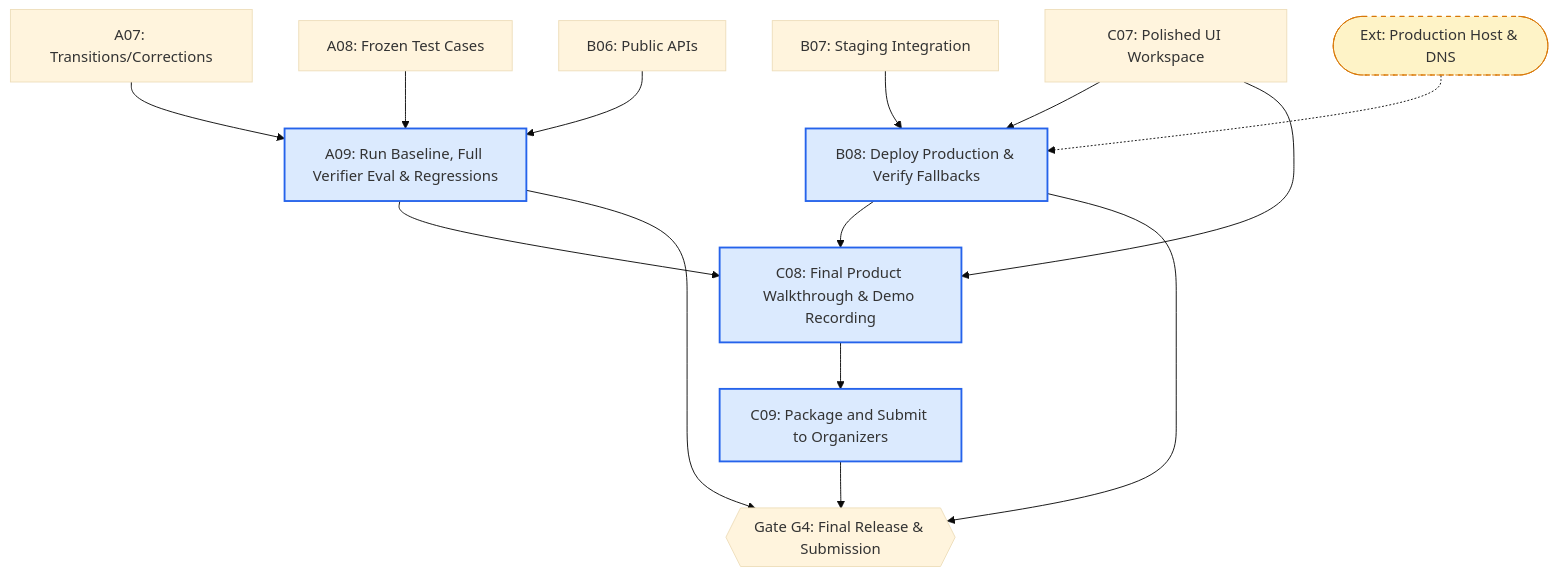
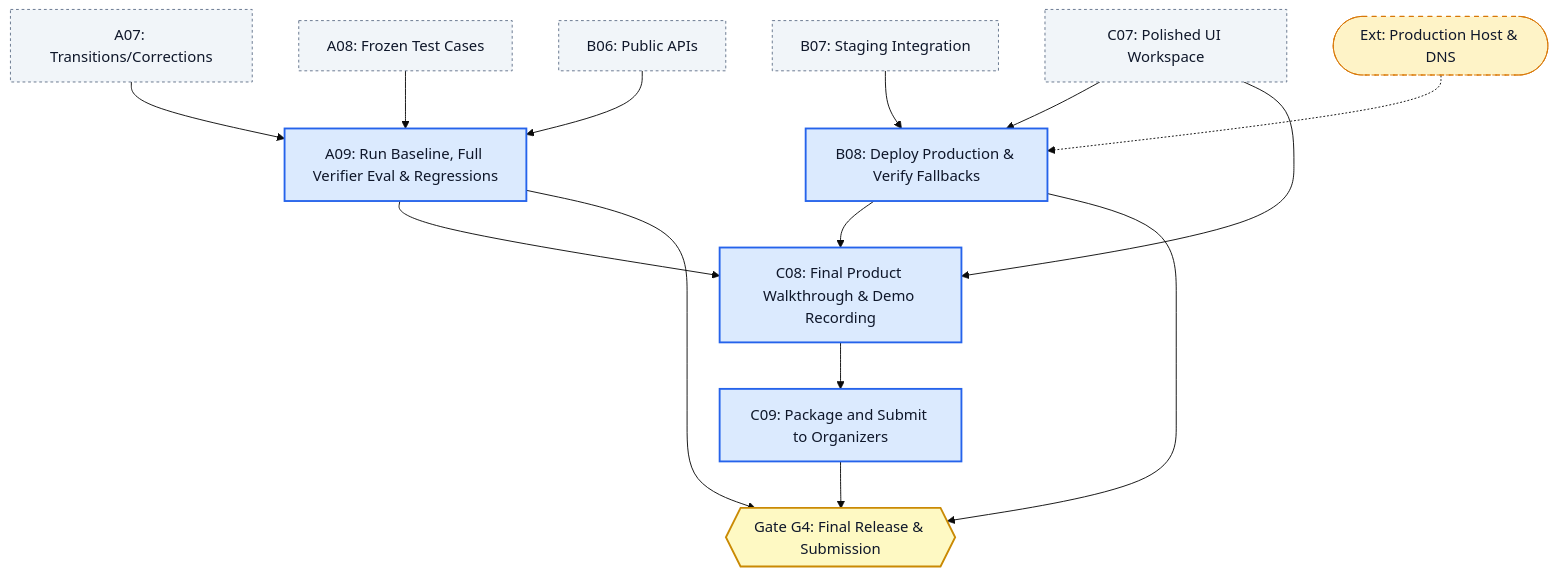
The sixth of 6 diagrams in docs/PARALLEL-WORK-PLAN.md (Driftaxe/Afterfact), drawn with Mermaid (base theme) before and after one commit. The commit also changed other lines of this file, not shown here.

Commit message:
docs(diagrams): set dark font color on all light background Mermaid nodes

````diff
--- a/docs/PARALLEL-WORK-PLAN.md
+++ b/docs/PARALLEL-WORK-PLAN.md
@@ -363,39 +370,41 @@
 ```mermaid
 flowchart TD
-    classDef unblocked fill:#dbeafe,stroke:#2563eb,stroke-width:2px;
-    classDef external fill:#fef3c7,stroke:#d97706,stroke-width:1px,stroke-dasharray: 5 5;
+    classDef unblocked fill:#dbeafe,stroke:#2563eb,stroke-width:2px,color:#0f172a;
+    classDef external fill:#fef3c7,stroke:#d97706,stroke-width:1px,stroke-dasharray: 5 5,color:#0f172a;
+    classDef upstream fill:#f1f5f9,stroke:#64748b,stroke-width:1px,stroke-dasharray: 3 3,color:#0f172a;
+    classDef gate fill:#fef9c3,stroke:#ca8a04,stroke-width:2px,color:#0f172a;
 
-    A07["A07: Transitions/Corrections"]
-    A08["A08: Frozen Test Cases"]
-    B06["B06: Public APIs"]
-    B07["B07: Staging Integration"]
-    C07["C07: Polished UI Workspace"]
+    A07["A07: Transitions/Corrections"]:::upstream
+    A08["A08: Frozen Test Cases"]:::upstream
+    B06["B06: Public APIs"]:::upstream
+    B07["B07: Staging Integration"]:::upstream
+    C07["C07: Polished UI Workspace"]:::upstream
 
     A09["A09: Run Baseline, Full Verifier Eval & Regressions"]:::unblocked
 
     ProdHost(["Ext: Production Host & DNS"]):::external
     B08["B08: Deploy Production & Verify Fallbacks"]:::unblocked
 
     C08["C08: Final Product Walkthrough & Demo Recording"]:::unblocked
     C09["C09: Package and Submit to Organizers"]:::unblocked
 
-    GateG4{{"Gate G4: Final Release & Submission"}}
+    GateG4{{"Gate G4: Final Release & Submission"}}:::gate
 
     A07 --> A09
     A08 --> A09
     B06 --> A09
 
     B07 --> B08
     C07 --> B08
     ProdHost -.-> B08
 
     C07 --> C08
     B08 --> C08
     A09 --> C08
 
     C08 --> C09
 
     A09 --> GateG4
     B08 --> GateG4
     C09 --> GateG4
 ```
````
